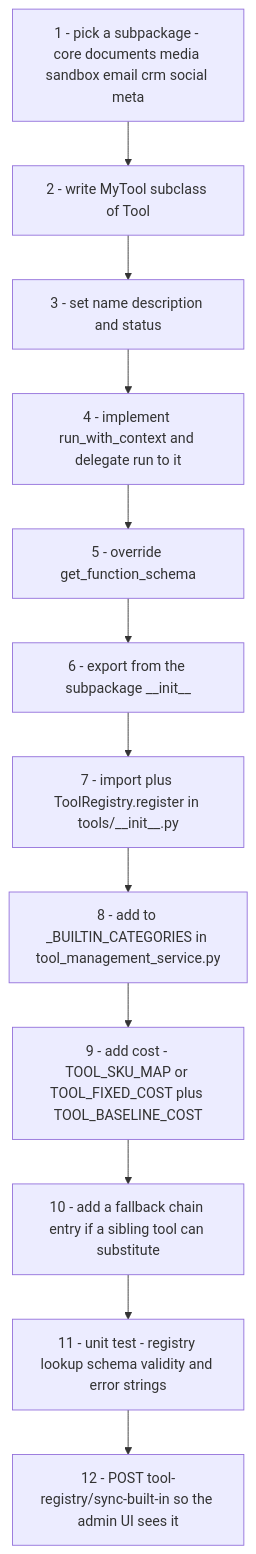
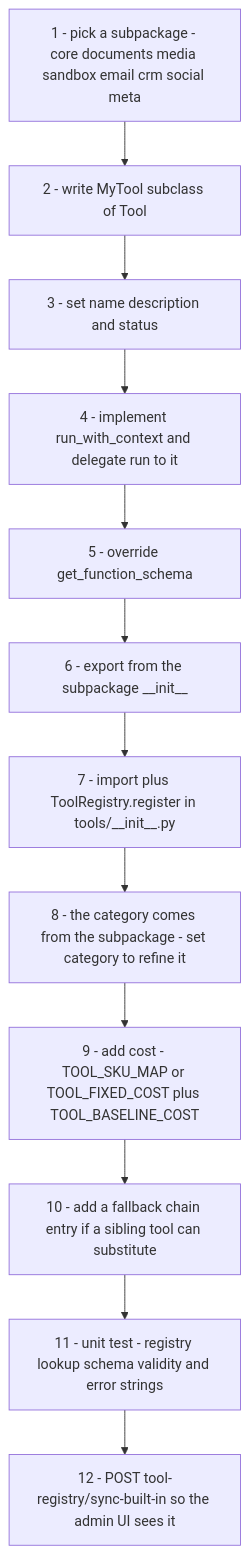
Before and after one commit to gondolerahul/hire-buddha-app: the sixth of 23 diagrams in docs/current/09-tools.md, drawn with Mermaid. The commit also changed other lines of this file and 19 other files, not shown here.

````diff
--- a/docs/current/09-tools.md
+++ b/docs/current/09-tools.md
@@ -456,14 +456,14 @@
 ```mermaid
 flowchart TD
     A["1 - pick a subpackage - core documents media sandbox email crm social meta"] --> B["2 - write MyTool subclass of Tool"]
     B --> C["3 - set name description and status"]
     C --> D["4 - implement run_with_context and delegate run to it"]
     D --> E["5 - override get_function_schema"]
     E --> F["6 - export from the subpackage __init__"]
     F --> G["7 - import plus ToolRegistry.register in tools/__init__.py"]
-    G --> H["8 - add to _BUILTIN_CATEGORIES in tool_management_service.py"]
+    G --> H["8 - the category comes from the subpackage - set category to refine it"]
     H --> I["9 - add cost - TOOL_SKU_MAP or TOOL_FIXED_COST plus TOOL_BASELINE_COST"]
     I --> J["10 - add a fallback chain entry if a sibling tool can substitute"]
     J --> K["11 - unit test - registry lookup schema validity and error strings"]
     K --> L["12 - POST tool-registry/sync-built-in so the admin UI sees it"]
 ```
````
